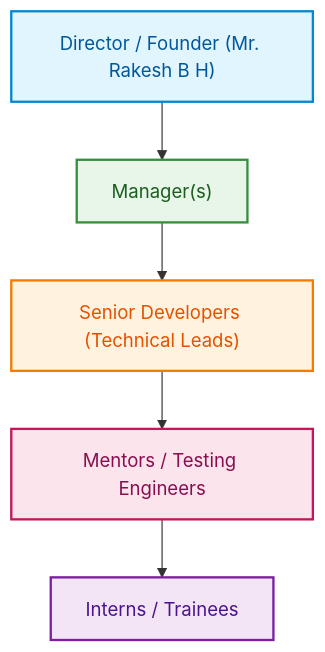
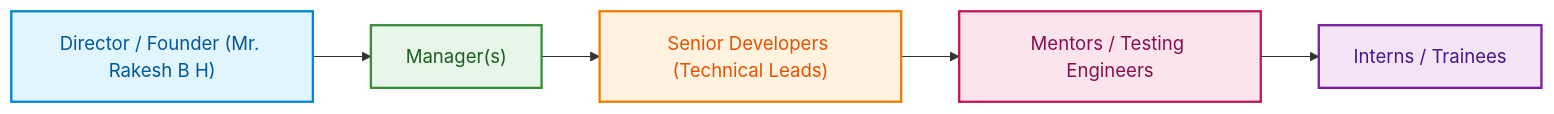
The diagram in CIE 1.md (kotresh75/temp), drawn with Mermaid before and after one commit. The commit also changed 1 other file, not shown here.

Commit message:
docs: update slide headers and change mermaid diagrams to horizontal layout

````diff
--- a/CIE 1.md
+++ b/CIE 1.md
@@ -38,13 +38,13 @@
 ```mermaid
-graph TD
+graph LR
     A["Director / Founder (Mr. Rakesh B H)"] --> B["Manager(s)"]
     B --> C["Senior Developers (Technical Leads)"]
     C --> D["Mentors / Testing Engineers"]
     D --> E["Interns / Trainees"]
 
     style A fill:#e1f5fe,stroke:#0288d1,stroke-width:2px,color:#01579b
     style B fill:#e8f5e9,stroke:#388e3c,stroke-width:2px,color:#1b5e20
     style C fill:#fff3e0,stroke:#f57c00,stroke-width:2px,color:#e65100
     style D fill:#fce4ec,stroke:#c2185b,stroke-width:2px,color:#880e4f
     style E fill:#f3e5f5,stroke:#7b1fa2,stroke-width:2px,color:#4a148c
 ```
````
